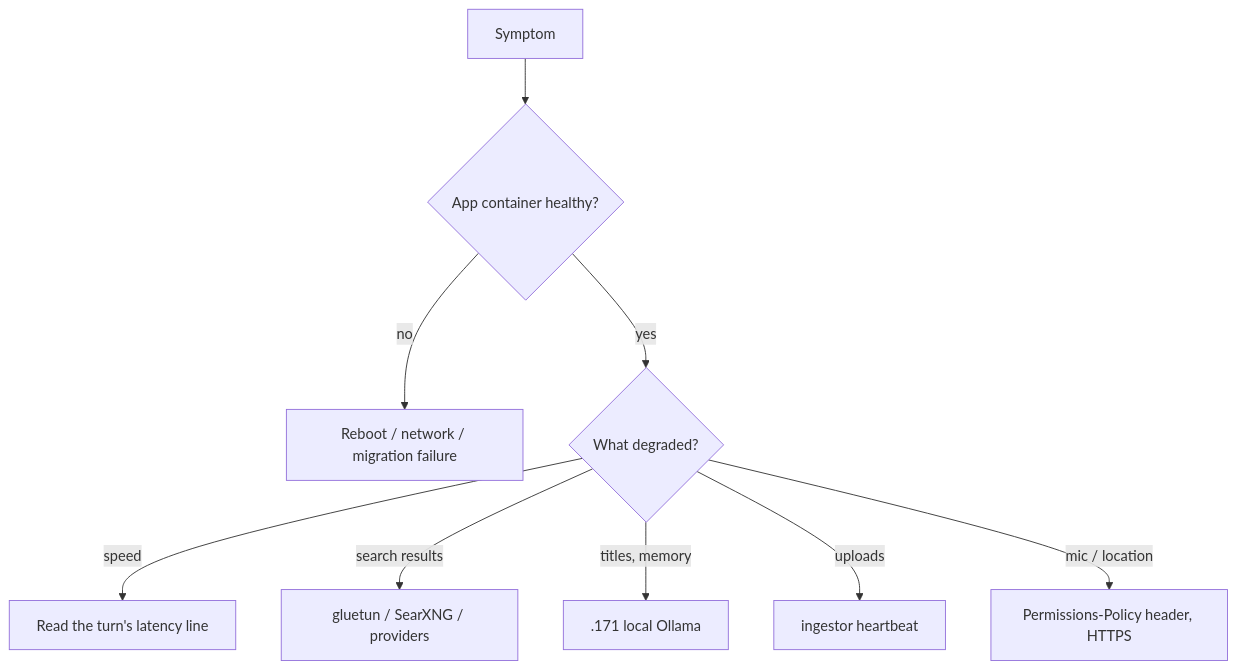
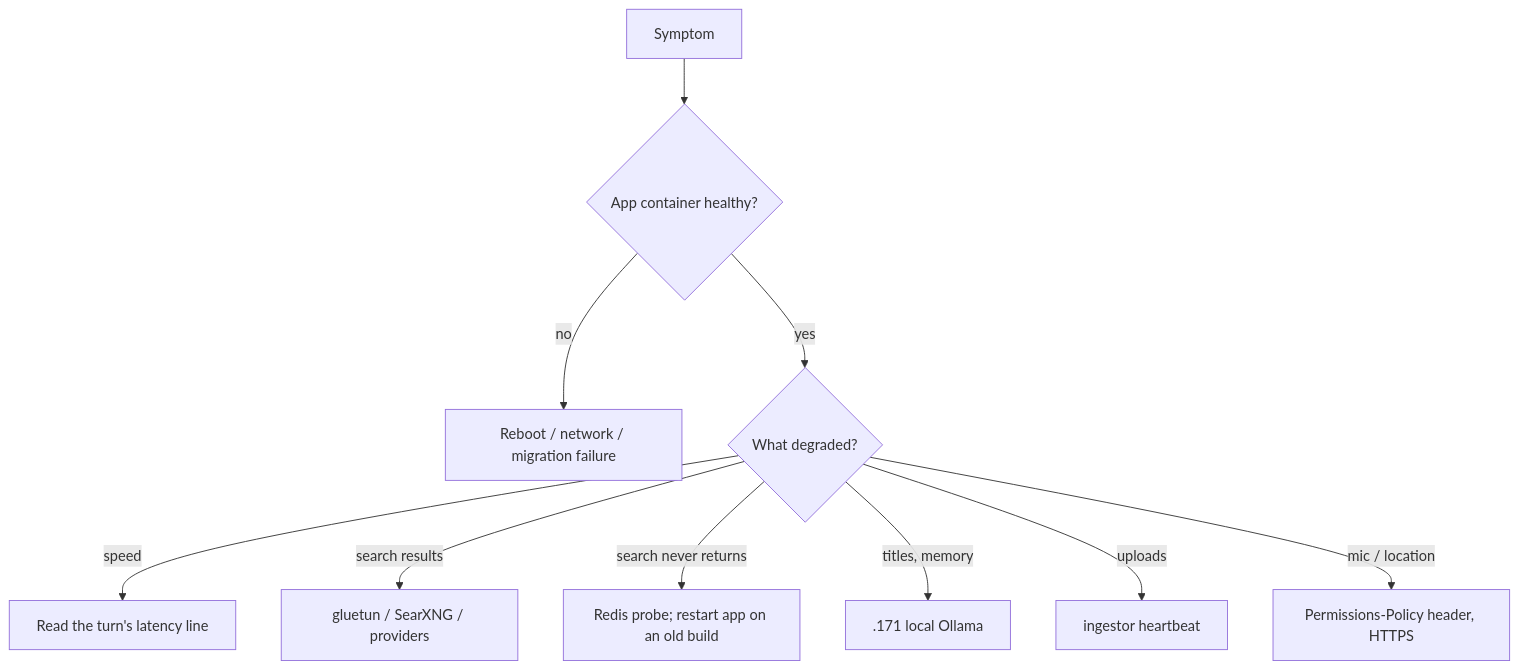
One commit to hbqdev/ask changed the diagram in docs-site/docs/history/faq.md. Above: the diagram before and after it, drawn with Mermaid. The commit also changed other lines of this file and 28 other files, not shown here.

Commit message:
docs: 2026-09-27 Redis-restart incident, D39 local-redis rule, forced-search wording

````diff
--- a/docs-site/docs/history/faq.md
+++ b/docs-site/docs/history/faq.md
@@ -23,11 +23,12 @@
 ```mermaid
 flowchart TD
   S[Symptom] --> A{App container healthy?}
   A -- no --> R[Reboot / network / migration failure]
   A -- yes --> B{What degraded?}
   B -- speed --> L[Read the turn's latency line]
   B -- search results --> V[gluetun / SearXNG / providers]
+  B -- search never returns --> RD[Redis probe; restart app on an old build]
   B -- titles, memory --> O[.171 local Ollama]
   B -- uploads --> I[ingestor heartbeat]
   B -- mic / location --> P[Permissions-Policy header, HTTPS]
 ```
````
